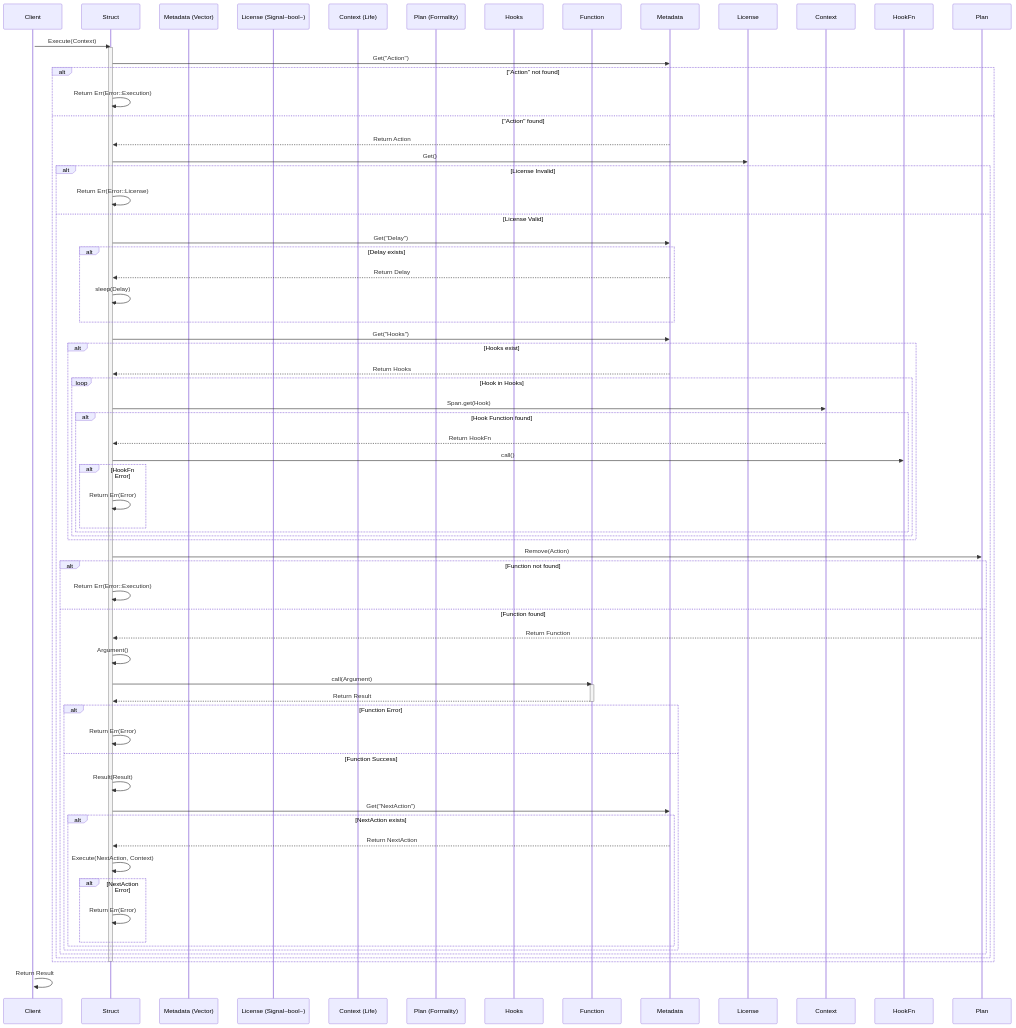
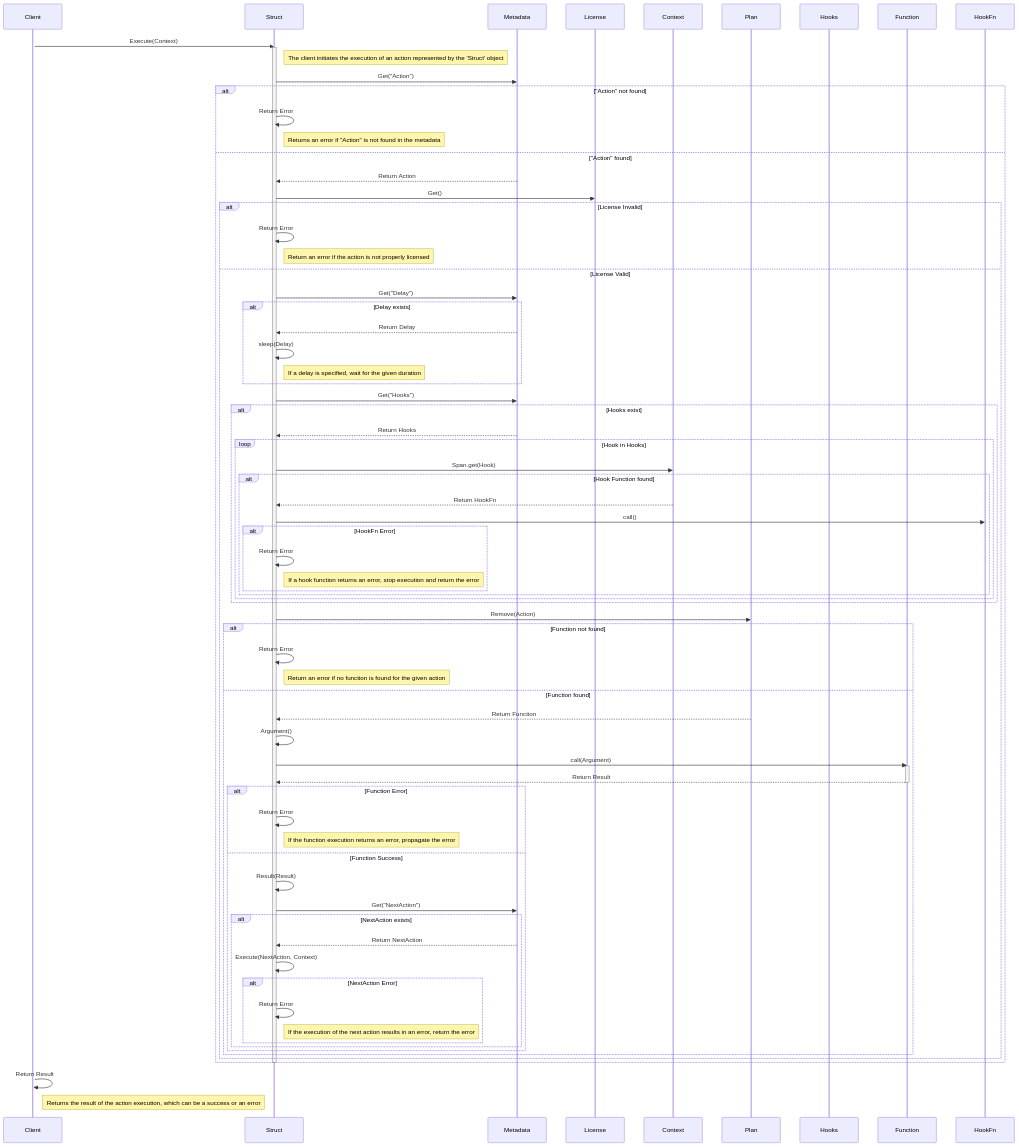
One commit to CodeEditorLand/Echo changed the second of 2 diagrams in README.md. Above: the diagram before and after it, drawn with Mermaid. The commit also changed other lines of this file, not shown here.

````diff
--- a/README.md
+++ b/README.md
@@ -240,71 +248,80 @@
 ```mermaid
 sequenceDiagram
-  participant Client
-  participant Struct
-  participant Metadata (Vector)
-  participant License (Signal~bool~)
-  participant Context (Life)
-  participant Plan (Formality)
-  participant Hooks
-  participant Function
+    participant Client
+    participant Struct
+    participant Metadata
+    participant License
+    participant Context
+    participant Plan
+    participant Hooks
+    participant Function
 
-  activate Client
-  Client->>Struct: Execute(Context)
-  activate Struct
-  Struct->>Metadata: Get("Action")
-  alt "Action" not found
-    Struct->>Struct: Return Err(Error::Execution)
-  else "Action" found
-    Metadata-->>Struct: Return Action
-    Struct->>License: Get()
-    alt License Invalid
-      Struct->>Struct: Return Err(Error::License)
-    else License Valid
-      Struct->>Metadata: Get("Delay")
-      alt Delay exists
-        Metadata-->>Struct: Return Delay
-        Struct->>Struct: sleep(Delay)
-      end
-      Struct->>Metadata: Get("Hooks")
-      alt Hooks exist
-        Metadata-->>Struct: Return Hooks
-        loop Hook in Hooks
-          Struct->>Context: Span.get(Hook)
-          alt Hook Function found
-            Context-->>Struct: Return HookFn
-            Struct->>HookFn: call()
-            alt HookFn Error
-              Struct->>Struct: Return Err(Error)
+    activate Client
+    Client->>Struct: Execute(Context)
+    activate Struct
+    Note right of Struct: The client initiates the execution of an action represented by the 'Struct' object
+    Struct->>Metadata: Get("Action")
+    alt "Action" not found
+        Struct->>Struct: Return Error
+        Note right of Struct: Returns an error if "Action" is not found in the metadata
+    else "Action" found
+        Metadata-->>Struct: Return Action
+        Struct->>License: Get()
+        alt License Invalid
+            Struct->>Struct: Return Error
+            Note right of Struct: Return an error if the action is not properly licensed
+        else License Valid
+            Struct->>Metadata: Get("Delay")
+            alt Delay exists
+                Metadata-->>Struct: Return Delay
+                Struct->>Struct: sleep(Delay)
+                Note right of Struct: If a delay is specified, wait for the given duration
             end
-          end
+            Struct->>Metadata: Get("Hooks")
+            alt Hooks exist
+                Metadata-->>Struct: Return Hooks
+                loop Hook in Hooks
+                    Struct->>Context: Span.get(Hook)
+                    alt Hook Function found
+                        Context-->>Struct: Return HookFn
+                        Struct->>HookFn: call()
+                        alt HookFn Error
+                            Struct->>Struct: Return Error
+                            Note right of Struct: If a hook function returns an error, stop execution and return the error
+                        end
+                    end
+                end
+            end
+            Struct->>Plan: Remove(Action)
+            alt Function not found
+                Struct->>Struct: Return Error
+                Note right of Struct: Return an error if no function is found for the given action
+            else Function found
+                Plan-->>Struct: Return Function
+                Struct->>Struct: Argument()
+                Struct->>Function: call(Argument)
+                activate Function
+                Function-->>Struct: Return Result
+                deactivate Function
+                alt Function Error
+                    Struct->>Struct: Return Error
+                    Note right of Struct: If the function execution returns an error, propagate the error
+                else Function Success
+                    Struct->>Struct: Result(Result)
+                    Struct->>Metadata: Get("NextAction")
+                    alt NextAction exists
+                        Metadata-->>Struct: Return NextAction
+                        Struct->>Struct: Execute(NextAction, Context)
+                        alt NextAction Error
+                            Struct->>Struct: Return Error
+                            Note right of Struct: If the execution of the next action results in an error, return the error
+                        end
+                    end 
+                end
+            end
         end
-      end
-      Struct->>Plan: Remove(Action)
-      alt Function not found
-        Struct->>Struct: Return Err(Error::Execution)
-      else Function found
-        Plan-->>Struct: Return Function
-        Struct->>Struct: Argument()
-        Struct->>Function: call(Argument)
-        activate Function
-        Function-->>Struct: Return Result
-        deactivate Function
-        alt Function Error
-          Struct->>Struct: Return Err(Error)
-        else Function Success
-          Struct->>Struct: Result(Result)
-          Struct->>Metadata: Get("NextAction")
-          alt NextAction exists
-            Metadata-->>Struct: Return NextAction
-            Struct->>Struct: Execute(NextAction, Context)
-            alt NextAction Error
-              Struct->>Struct: Return Err(Error)
-            end
-          end
-        end
-      end
     end
-  end
-  deactivate Struct
-  Client->>Client: Return Result
+    deactivate Struct
+    Client->>Client: Return Result
+    Note right of Client: Returns the result of the action execution, which can be a success or an error
 ```
````
